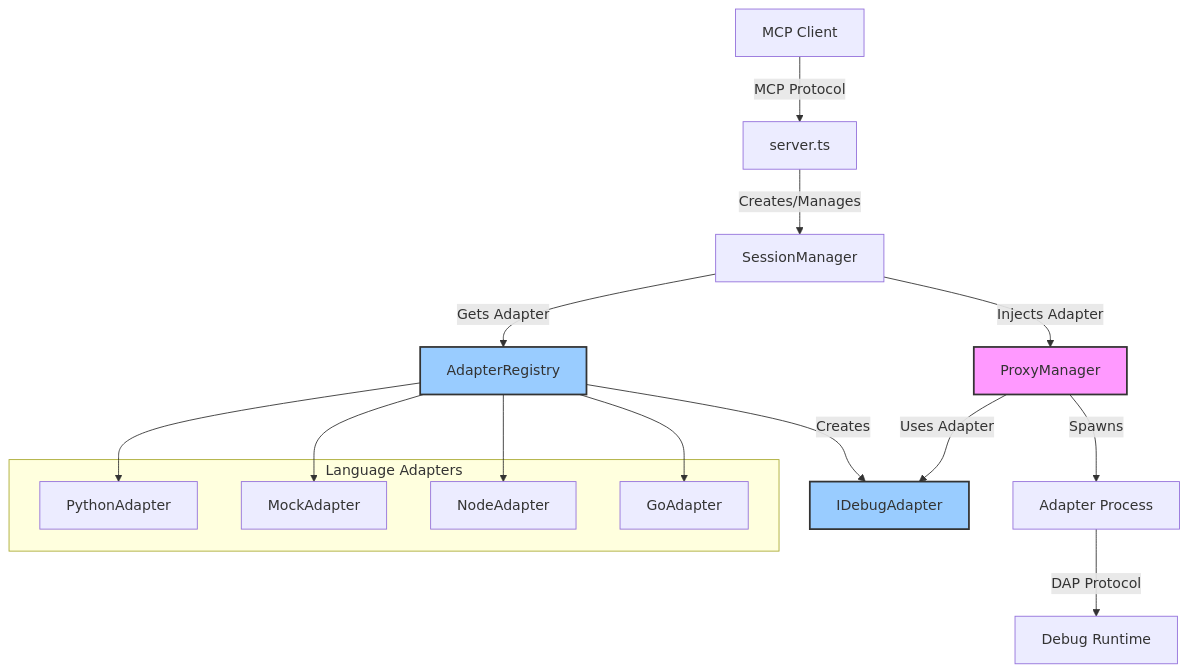
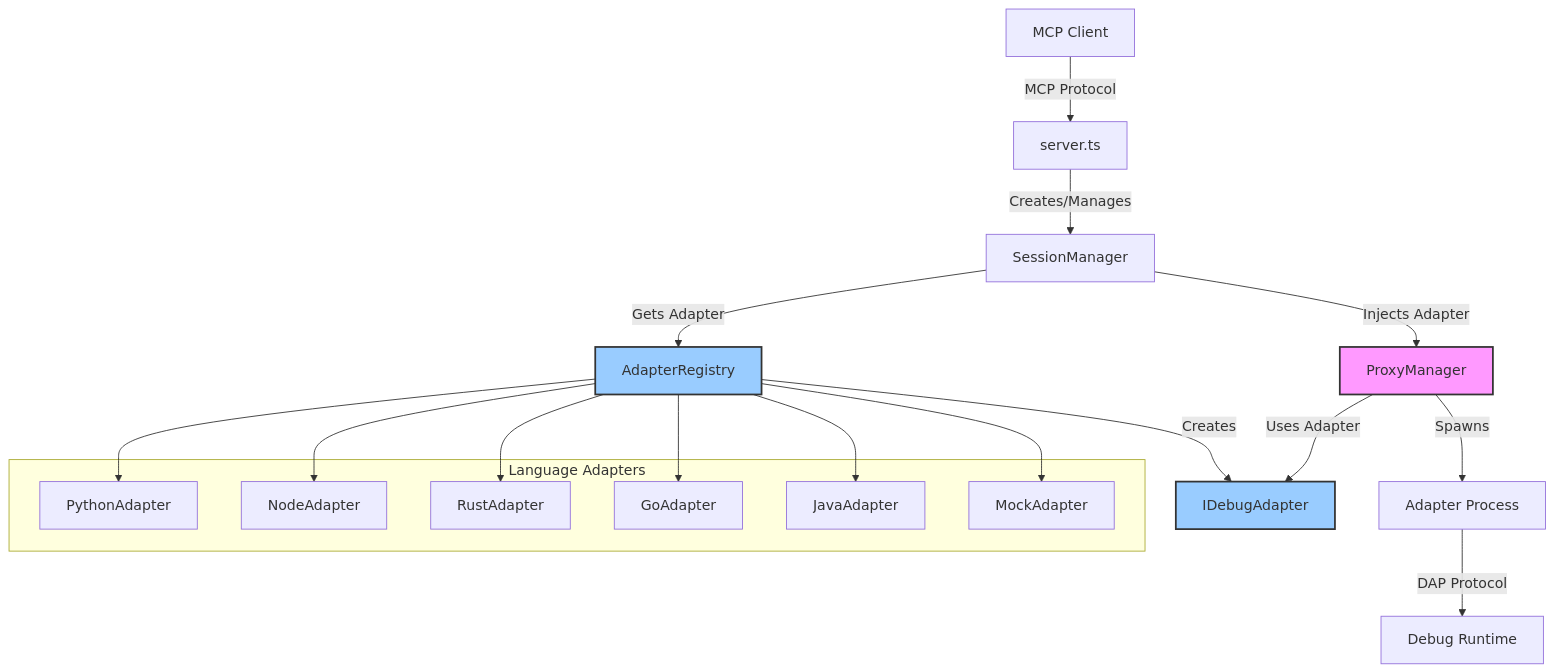
Before and after one commit to debugmcp/mcp-debugger: the first of 4 diagrams in docs/architecture/adapter-pattern-design.md, drawn with Mermaid. The commit also changed other lines of this file and 129 other files, not shown here.

````diff
--- a/docs/architecture/adapter-pattern-design.md
+++ b/docs/architecture/adapter-pattern-design.md
@@ -74,27 +74,31 @@
 ```mermaid
 graph TD
     Client[MCP Client] -->|MCP Protocol| Server[server.ts]
     Server -->|Creates/Manages| SM[SessionManager]
     SM -->|Gets Adapter| AR[AdapterRegistry]
     AR -->|Creates| AD[IDebugAdapter]
     SM -->|Injects Adapter| PM[ProxyManager]
     PM -->|Uses Adapter| AD
     PM -->|Spawns| AP[Adapter Process]
     AP -->|DAP Protocol| DP[Debug Runtime]
     
     subgraph "Language Adapters"
         PA[PythonAdapter]
+        NA[NodeAdapter]
+        RA[RustAdapter]
+        GA[GoAdapter]
+        JA[JavaAdapter]
         MA[MockAdapter]
-        NA[NodeAdapter]
-        GA[GoAdapter]
     end
-    
+
     AR --> PA
+    AR --> NA
+    AR --> RA
+    AR --> GA
+    AR --> JA
     AR --> MA
-    AR --> NA
-    AR --> GA
     
     style AD fill:#9cf,stroke:#333,stroke-width:2px
     style AR fill:#9cf,stroke:#333,stroke-width:2px
     style PM fill:#f9f,stroke:#333,stroke-width:2px
 ```
````
